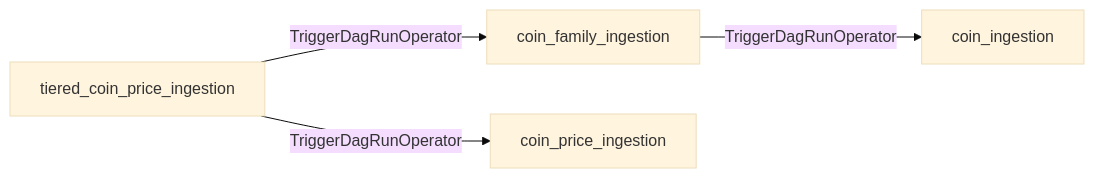
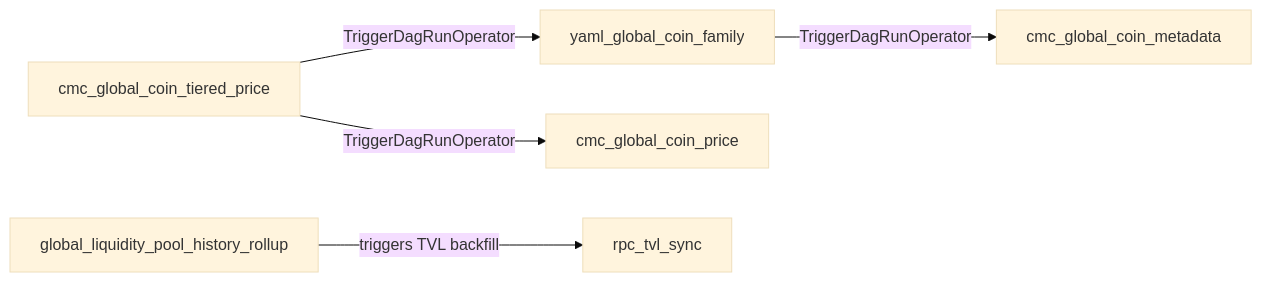
One commit to bekisz/chaintelligence changed the sixth of 6 diagrams in chain-feeder/docs/DAGS.md. Above: the diagram before and after it, drawn with Mermaid (base theme). The commit also changed other lines of this file and 47 other files, not shown here.

````diff
--- a/chain-feeder/docs/DAGS.md
+++ b/chain-feeder/docs/DAGS.md
@@ -462,6 +421,7 @@
 ```mermaid
 graph LR
-    TIERED["tiered_coin_price_ingestion"] -- "TriggerDagRunOperator" --> FAMILY["coin_family_ingestion"]
-    TIERED -- "TriggerDagRunOperator" --> CPRICE["coin_price_ingestion"]
-    FAMILY -- "TriggerDagRunOperator" --> CINGEST["coin_ingestion"]
+    TIERED["cmc_global_coin_tiered_price"] -- "TriggerDagRunOperator" --> FAMILY["yaml_global_coin_family"]
+    TIERED -- "TriggerDagRunOperator" --> CPRICE["cmc_global_coin_price"]
+    FAMILY -- "TriggerDagRunOperator" --> CMETA["cmc_global_coin_metadata"]
+    ROLLUP["global_liquidity_pool_history_rollup"] -- "triggers TVL backfill" --> TVL["rpc_tvl_sync"]
 ```
````
